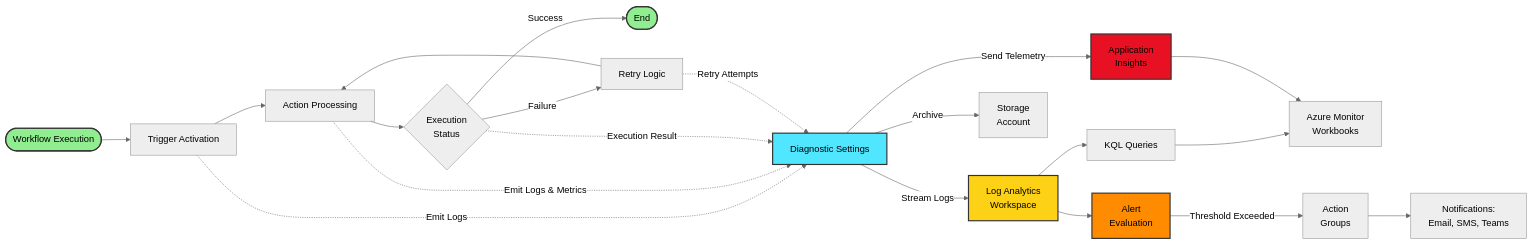
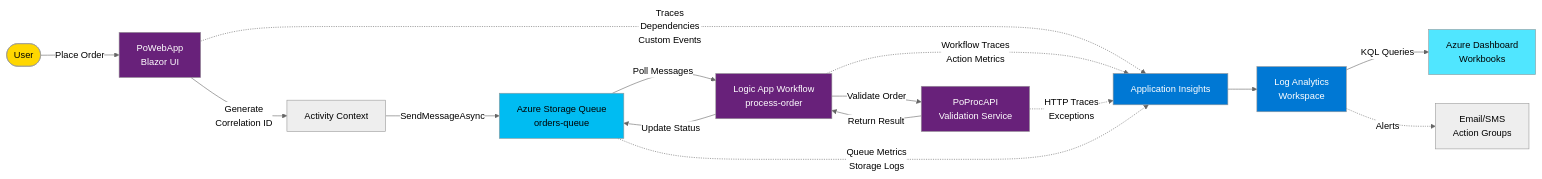
Before and after one commit to Evilazaro/Azure-LogicApps-Monitoring: the second of 2 diagrams in README.md, drawn with Mermaid (neutral theme). The commit also changed other lines of this file, not shown here.

Commit message:
Implement feature X to enhance user experience and fix bug Y in module Z

````diff
--- a/README.md
+++ b/README.md
@@ -158,35 +201,29 @@
 ```mermaid
 flowchart LR
-    START([Workflow Execution]) --> TRIGGER[Trigger Activation]
-    TRIGGER --> ACTIONS[Action Processing]
-    ACTIONS --> COMPLETE{Execution<br/>Status}
+    User([User]) -->|Place Order| WebApp[PoWebApp<br/>Blazor UI]
+    WebApp -->|Generate<br/>Correlation ID| TraceCtx[Activity Context]
+    TraceCtx -->|SendMessageAsync| Queue[Azure Storage Queue<br/>orders-queue]
     
-    TRIGGER -.->|Emit Logs| DIAG[Diagnostic Settings]
-    ACTIONS -.->|Emit Logs & Metrics| DIAG
-    COMPLETE -.->|Execution Result| DIAG
+    Queue -->|Poll Messages| LogicApp[Logic App Workflow<br/>process-order]
+    LogicApp -->|Validate Order| API[PoProcAPI<br/>Validation Service]
+    API -->|Return Result| LogicApp
+    LogicApp -->|Update Status| Queue
     
-    DIAG -->|Stream Logs| LAW[Log Analytics<br/>Workspace]
-    DIAG -->|Send Telemetry| AI[Application<br/>Insights]
-    DIAG -->|Archive| STORAGE[Storage<br/>Account]
+    WebApp -.->|Traces<br/>Dependencies<br/>Custom Events| AppInsights[Application Insights]
+    LogicApp -.->|Workflow Traces<br/>Action Metrics| AppInsights
+    API -.->|HTTP Traces<br/>Exceptions| AppInsights
+    Queue -.->|Queue Metrics<br/>Storage Logs| AppInsights
     
-    LAW --> QUERY[KQL Queries]
-    LAW --> ALERTS[Alert<br/>Evaluation]
+    AppInsights --> LAW[Log Analytics<br/>Workspace]
+    LAW -->|KQL Queries| Dashboard[Azure Dashboard<br/>Workbooks]
+    LAW -.->|Alerts| Notification[Email/SMS<br/>Action Groups]
     
-    QUERY --> WORKBOOK[Azure Monitor<br/>Workbooks]
-    AI --> WORKBOOK
-    
-    ALERTS -->|Threshold Exceeded| ACTION_GROUP[Action<br/>Groups]
-    ACTION_GROUP --> NOTIFY[Notifications:<br/>Email, SMS, Teams]
-    
-    COMPLETE -->|Success| END([End])
-    COMPLETE -->|Failure| RETRY[Retry Logic]
-    RETRY --> ACTIONS
-    RETRY -.->|Retry Attempts| DIAG
-    
-    style START fill:#90EE90,stroke:#333,stroke-width:2px
-    style END fill:#90EE90,stroke:#333,stroke-width:2px
-    style DIAG fill:#50E6FF,stroke:#333,stroke-width:2px
-    style LAW fill:#FCD116,stroke:#333,stroke-width:2px
-    style AI fill:#E81123,stroke:#333,stroke-width:2px
-    style ALERTS fill:#FF8C00,stroke:#333,stroke-width:2px
+    style User fill:#FFD700,color:#000
+    style WebApp fill:#68217A,color:#fff
+    style LogicApp fill:#68217A,color:#fff
+    style API fill:#68217A,color:#fff
+    style Queue fill:#00BCF2,color:#000
+    style AppInsights fill:#0078D4,color:#fff
+    style LAW fill:#0078D4,color:#fff
+    style Dashboard fill:#50E6FF,color:#000
 ```
````
